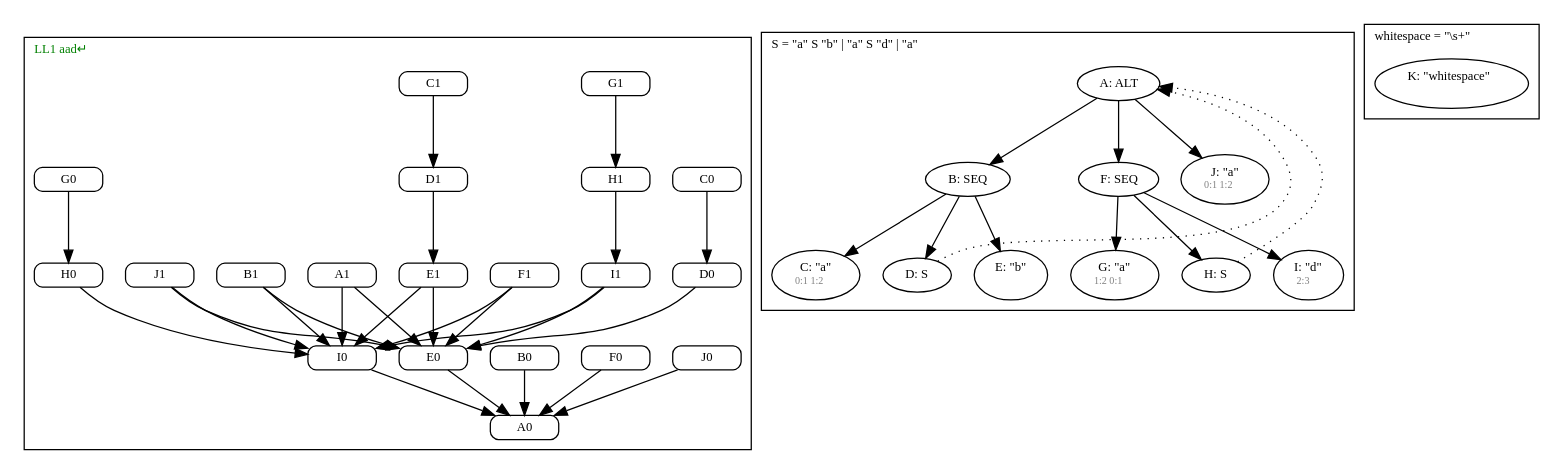
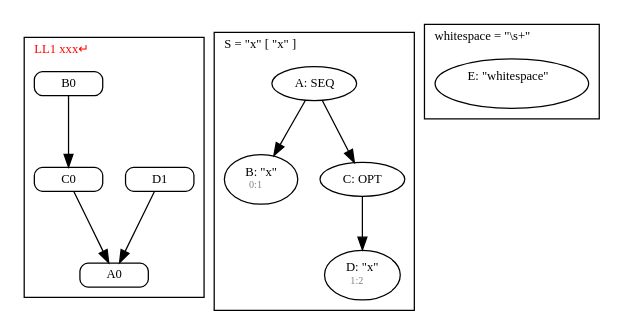
The diagram in diagram.gv (JanWillemBrands/AoC2021), drawn with Graphviz before and after one commit. The commit also changed 5 other files, not shown here.

```diff
--- a/diagram.gv
+++ b/diagram.gv
@@ -1,72 +1,36 @@
 digraph G {
   fontname = Menlo
   fontsize = 10
   node [fontname = Menlo, fontsize = 10]
   edge [fontname = Menlo, fontsize = 10]
   graph [ordering = out]
   subgraph GSS {
     cluster = true
-    label = <LL1 aad↵> fontcolor = green
+    label = <LL1 xxx↵> fontcolor = red
     labeljust = l
     node [shape = box, style = rounded, height = 0]
-    "J1" -> "I0"
-    "J1" -> "E0"
-    "J0" -> "A0"
-    "I1" -> "I0"
-    "I1" -> "E0"
-    "I0" -> "A0"
-    "H1" -> "I1"
-    "H0" -> "I0"
-    "G1" -> "H1"
-    "G0" -> "H0"
-    "F1" -> "E0"
-    "F1" -> "I0"
-    "F0" -> "A0"
-    "E1" -> "E0"
-    "E1" -> "I0"
-    "E0" -> "A0"
-    "D1" -> "E1"
-    "D0" -> "E0"
-    "C1" -> "D1"
-    "C0" -> "D0"
-    "B1" -> "E0"
-    "B1" -> "I0"
-    "B0" -> "A0"
-    "A1" -> "I0"
-    "A1" -> "E0"
+    "D1" -> "A0"
+    "C0" -> "A0"
+    "B0" -> "C0"
   }
   subgraph S {
     cluster = true
-    label = <S = "a" S "b" | "a" S "d" | "a">
+    label = <S = "x" [ "x" ]>
     labeljust = l
     node [shape = ellipse, height = 0]
-    A [label = <A: ALT>]
+    A [label = <A: SEQ>]
     A -> B
-    B [label = <B: SEQ>]
-    B -> C
-    C [label = <C: "a"<br/><font color="gray" point-size="8.0"> 0:1 1:2 </font> >]
-    B -> D
-    D [label = <D: S>]
-    B -> E
-    E [label = <E: "b"<br/><font color="gray" point-size="8.0">  </font> >]
-    A -> F
-    F [label = <F: SEQ>]
-    F -> G
-    G [label = <G: "a"<br/><font color="gray" point-size="8.0"> 1:2 0:1 </font> >]
-    F -> H
-    H [label = <H: S>]
-    F -> I
-    I [label = <I: "d"<br/><font color="gray" point-size="8.0"> 2:3 </font> >]
-    A -> J
-    J [label = <J: "a"<br/><font color="gray" point-size="8.0"> 0:1 1:2 </font> >]
+    B [label = <B: "x"<br/><font color="gray" point-size="8.0"> 0:1 </font> >]
+    A -> C
+    C [label = <C: OPT>]
+    C -> D
+    D [label = <D: "x"<br/><font color="gray" point-size="8.0"> 1:2 </font> >]
   }
   subgraph whitespace {
     cluster = true
     label = <whitespace = "\s+">
     labeljust = l
     node [shape = ellipse, height = 0]
-    K [label = <K: "whitespace"<br/><font color="gray" point-size="8.0">  </font> >]
+    E [label = <E: "whitespace"<br/><font color="gray" point-size="8.0">  </font> >]
   }
-  D -> A [style = dotted, constraint = false]
-  H -> A [style = dotted, constraint = false]
 }
```
